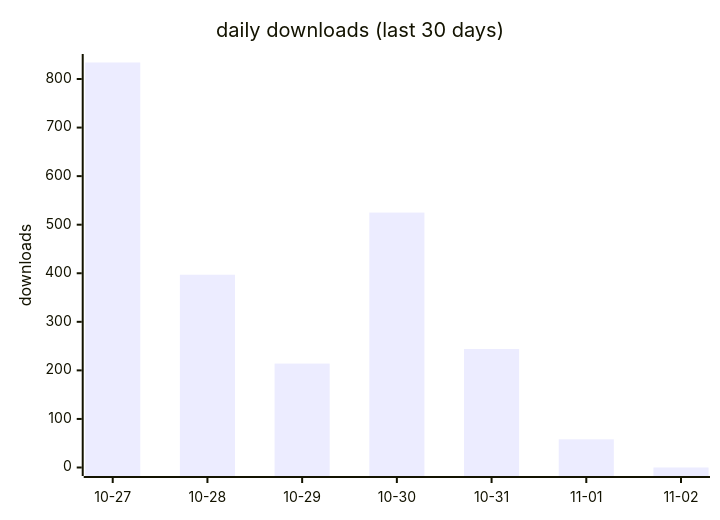
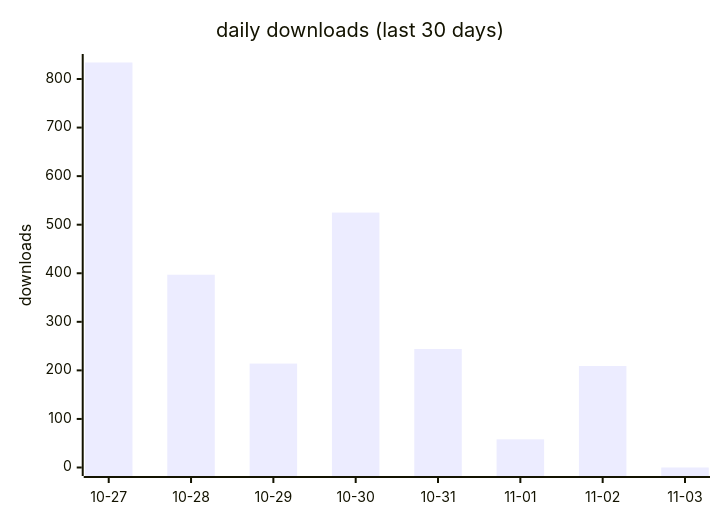
One commit to terry2010/dsh-rss-news-daily changed the first of 2 diagrams in docs/downloads-2026.md. Above: the diagram before and after it, drawn with Mermaid. The commit also changed other lines of this file and 1 other file, not shown here.

````diff
--- a/docs/downloads-2026.md
+++ b/docs/downloads-2026.md
@@ -19,7 +19,7 @@
 ```mermaid
 xychart-beta
     title "daily downloads (last 30 days)"
-    x-axis ["10-27", "10-28", "10-29", "10-30", "10-31", "11-01", "11-02"]
+    x-axis ["10-27", "10-28", "10-29", "10-30", "10-31", "11-01", "11-02", "11-03"]
     y-axis "downloads" 0 --> 834
-    bar [834, 397, 214, 525, 244, 58, 0]
+    bar [834, 397, 214, 525, 244, 58, 209, 0]
 ```
````
